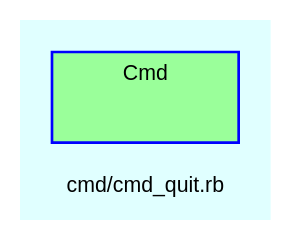
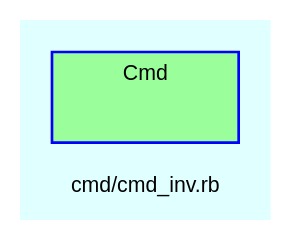
The diagram in doc/dot/f_10.dot (Tyche/teensymud), drawn with Graphviz before and after one commit. The commit also changed 65 other files, not shown here.

```diff
--- a/doc/dot/f_10.dot
+++ b/doc/dot/f_10.dot
@@ -1,29 +1,29 @@
 digraph TopLevel {
     compound = true
     bgcolor = lightcyan1
     fontname = Arial
     fontsize = 8
-    label = "cmd/cmd_quit.rb"
+    label = "cmd/cmd_inv.rb"
     node [
         fontname = Arial,
         fontsize = 8,
         color = black
     ]
 
     subgraph cluster_Cmd {
         fillcolor = palegreen1
         URL = "classes/Cmd.html"
         fontname = Arial
         color = blue
         label = "Cmd"
         style = filled
         Cmd [
             shape = plaintext,
             height = 0.01,
             width = 0.75,
             label = ""
         ]
 
     }
 
 }
```
